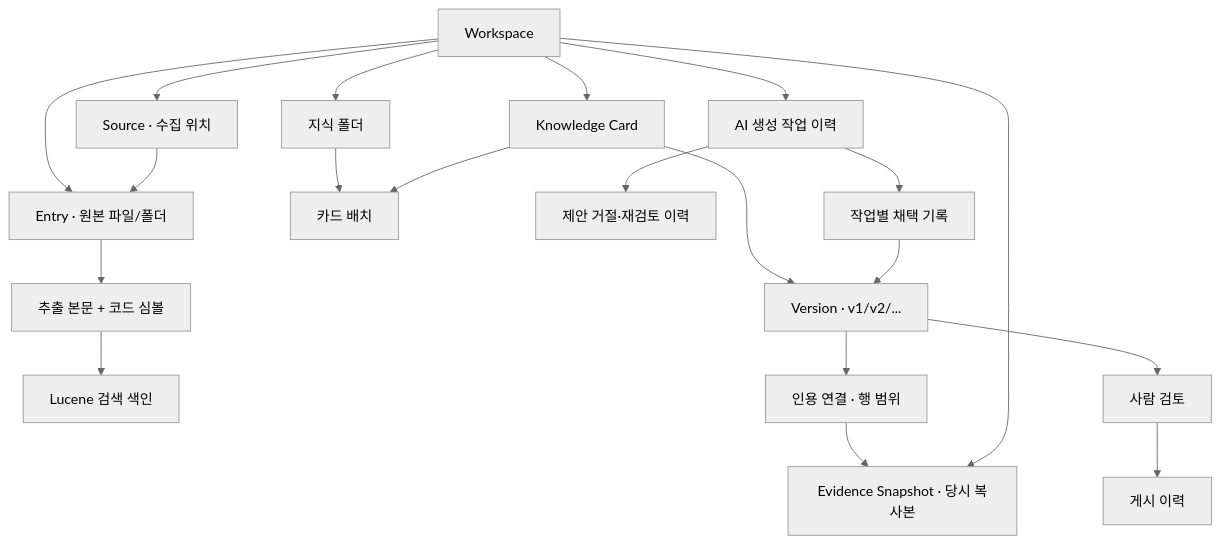
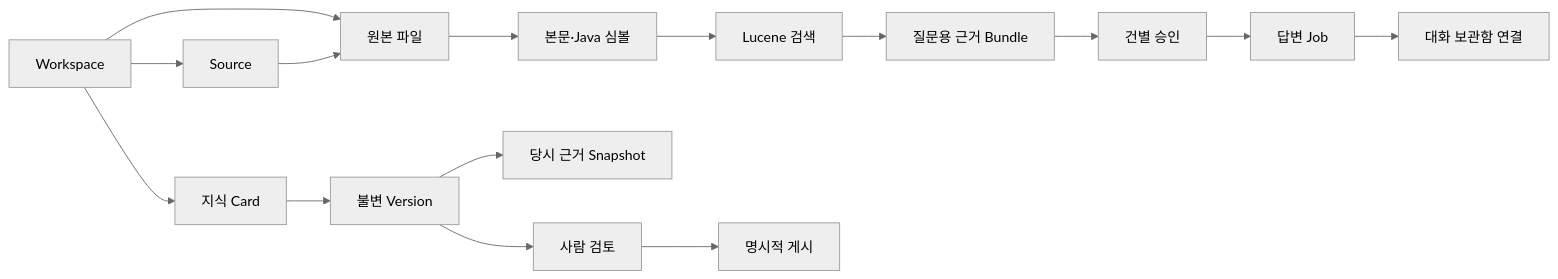
Before and after one commit to thisisnew/dougle: the diagram in docs/modeling.md, drawn with Mermaid (neutral theme). The commit also changed other lines of this file and 46 other files, not shown here.

````diff
--- a/docs/modeling.md
+++ b/docs/modeling.md
@@ -70,22 +24,17 @@
 ```mermaid
-flowchart TD
-  W[Workspace] --> S[Source · 수집 위치]
-  W --> E[Entry · 원본 파일/폴더]
-  S --> E
-  E --> A[추출 본문 + 코드 심볼]
-  A --> I[Lucene 검색 색인]
-  W --> K[Knowledge Card]
-  K --> V[Version · v1/v2/...]
-  V --> C[인용 연결 · 행 범위]
-  C --> B[Evidence Snapshot · 당시 복사본]
-  W --> B
+flowchart LR
+  W[Workspace] --> S[Source]
+  W --> F[원본 파일]
+  S --> F
+  F --> A[본문·Java 심볼]
+  A --> L[Lucene 검색]
+  W --> K[지식 Card]
+  K --> V[불변 Version]
+  V --> E[당시 근거 Snapshot]
   V --> R[사람 검토]
-  R --> P[게시 이력]
-  W --> F[지식 폴더]
-  F --> L[카드 배치]
-  K --> L
-  W --> J[AI 생성 작업 이력]
-  J --> D[제안 거절·재검토 이력]
-  J --> ACCEPT[작업별 채택 기록]
-  ACCEPT --> V
+  R --> P[명시적 게시]
+  L --> B[질문용 근거 Bundle]
+  B --> C[건별 승인]
+  C --> J[답변 Job]
+  J --> T[대화 보관함 연결]
 ```
````
